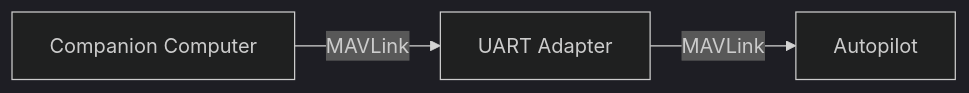
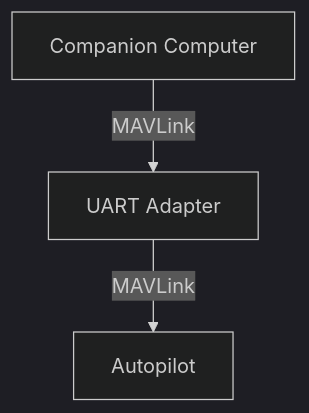
Before and after one commit to zcdong/Devguide: the second of 3 diagrams in book/offboard-control.md, drawn with Mermaid (dark theme). The commit also changed other lines of this file and 3 other files, not shown here.

````diff
--- a/book/offboard-control.md
+++ b/book/offboard-control.md
@@ -54,5 +54,5 @@
 ```mermaid
-graph LR;
+graph TD;
   comp[Companion Computer] --MAVLink--> uart[UART Adapter];
   uart --MAVLink--> Autopilot;
 ```
````
